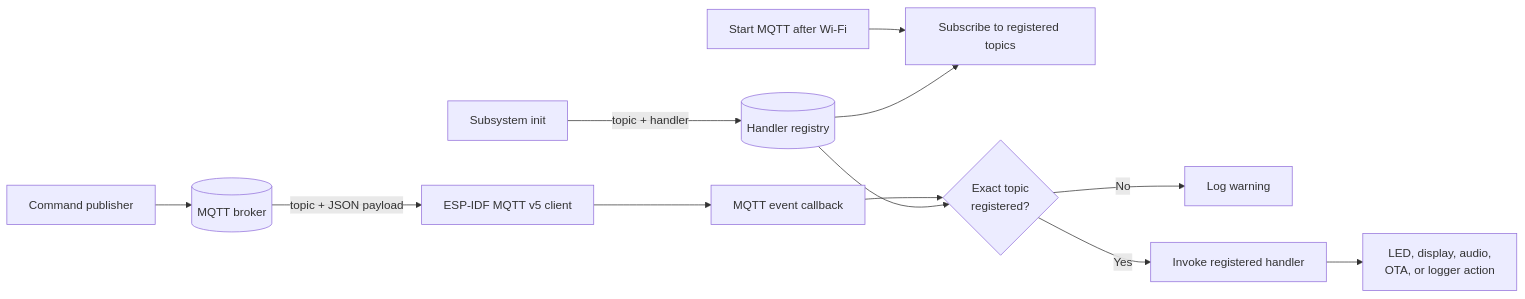
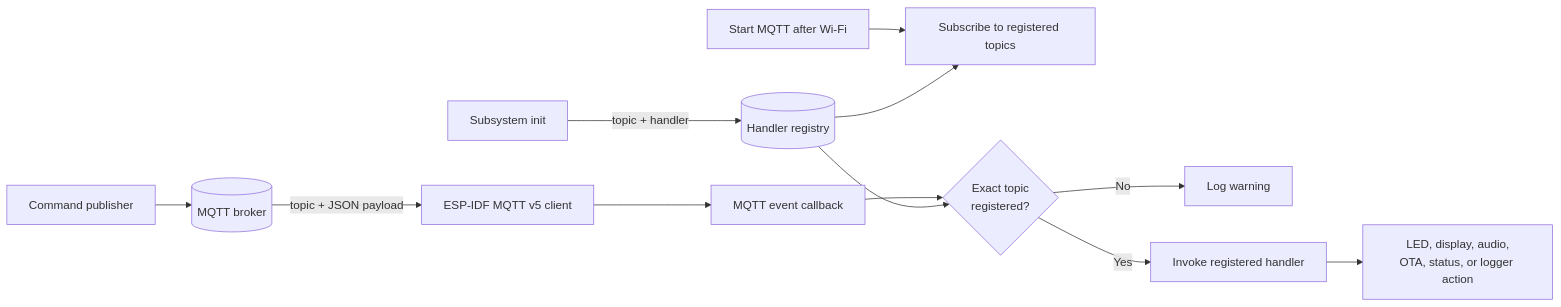
One commit to Savio-Cardoz/theLink changed the first of 2 diagrams in docs/mqtt-command-routing.md. Above: the diagram before and after it, drawn with Mermaid. The commit also changed other lines of this file and 1 other file, not shown here.

````diff
--- a/docs/mqtt-command-routing.md
+++ b/docs/mqtt-command-routing.md
@@ -9,15 +9,15 @@
 ```mermaid
 flowchart LR
     INIT["Subsystem init"] -->|"topic + handler"| REG[("Handler registry")]
     START["Start MQTT after Wi-Fi"] --> SUB["Subscribe to registered topics"]
     REG --> SUB
 
     PUB["Command publisher"] --> BROKER[("MQTT broker")]
     BROKER -->|"topic + JSON payload"| MQTT["ESP-IDF MQTT v5 client"]
     MQTT --> CALLBACK["MQTT event callback"]
     CALLBACK --> LOOKUP{"Exact topic<br/>registered?"}
     REG --> LOOKUP
     LOOKUP -->|"No"| WARN["Log warning"]
     LOOKUP -->|"Yes"| ROUTE["Invoke registered handler"]
-    ROUTE --> ACTION["LED, display, audio,<br/>OTA, or logger action"]
+    ROUTE --> ACTION["LED, display, audio,<br/>OTA, status, or logger action"]
 ```
````
